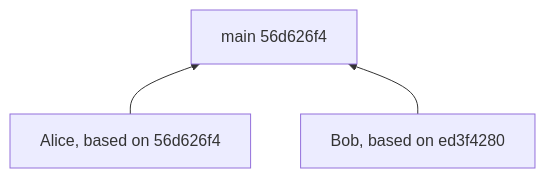
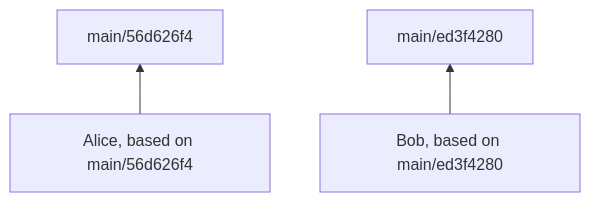
The third of 4 diagrams in docs/Branching strategy.md (ScottArbeit/Grace), drawn with Mermaid before and after one commit. The commit also changed other lines of this file and 1 other file, not shown here.

````diff
--- a/docs/Branching strategy.md
+++ b/docs/Branching strategy.md
@@ -35,5 +65,5 @@
 ```mermaid
 flowchart BT
-    Alice[Alice, based on 56d626f4]-->main[main 56d626f4]
-    Bob[Bob, based on ed3f4280]-->main[main 56d626f4]
+    Alice[Alice, based on main/56d626f4]-->main[main/56d626f4]
+    Bob[Bob, based on main/ed3f4280]-->mainold[main/ed3f4280]
 ```
````
